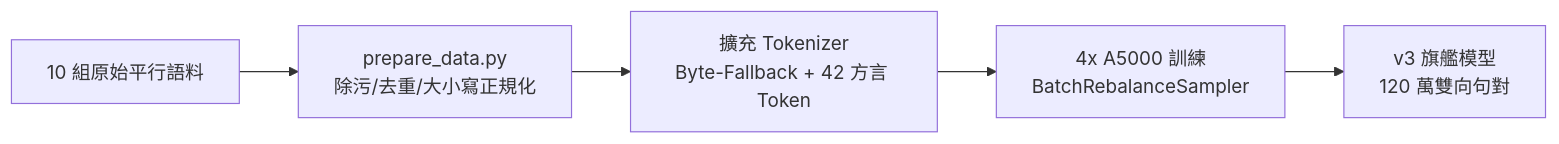
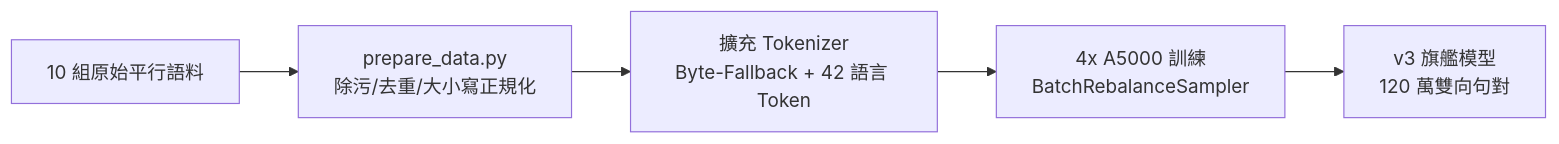
The diagram in reports/2026-10-30/mt_simplified_report.md (Voxmosa/Formosan-AI-Reports), drawn with Mermaid before and after one commit. The commit also changed other lines of this file and 2 other files, not shown here.

````diff
--- a/reports/2026-10-30/mt_simplified_report.md
+++ b/reports/2026-10-30/mt_simplified_report.md
@@ -56,7 +56,7 @@
 ```mermaid
 flowchart LR
     A[10 組原始平行語料] --> B[prepare_data.py<br>除污/去重/大小寫正規化]
-    B --> C[擴充 Tokenizer<br>Byte-Fallback + 42 方言 Token]
+    B --> C[擴充 Tokenizer<br>Byte-Fallback + 42 語言 Token]
     C --> D[4x A5000 訓練<br>BatchRebalanceSampler]
     D --> E[v3 旗艦模型<br>120 萬雙向句對]
 ```
````
